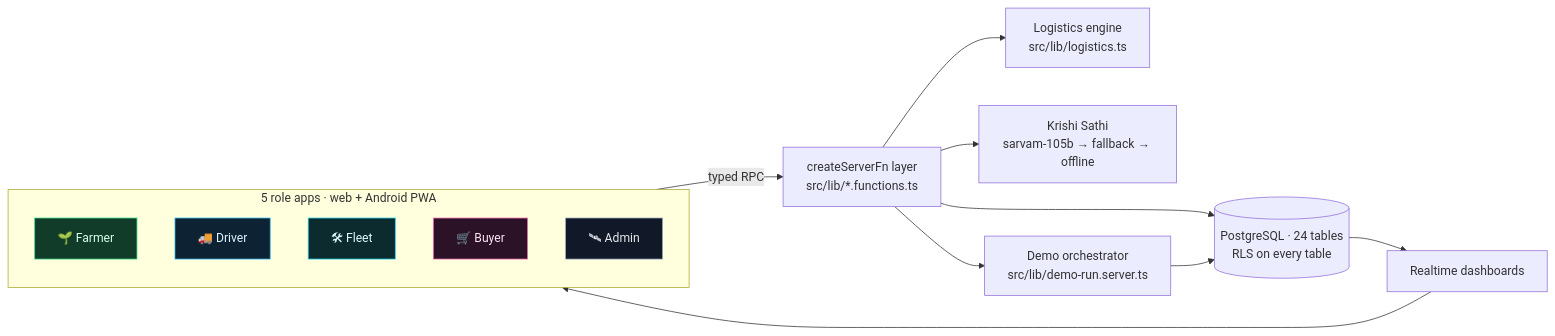
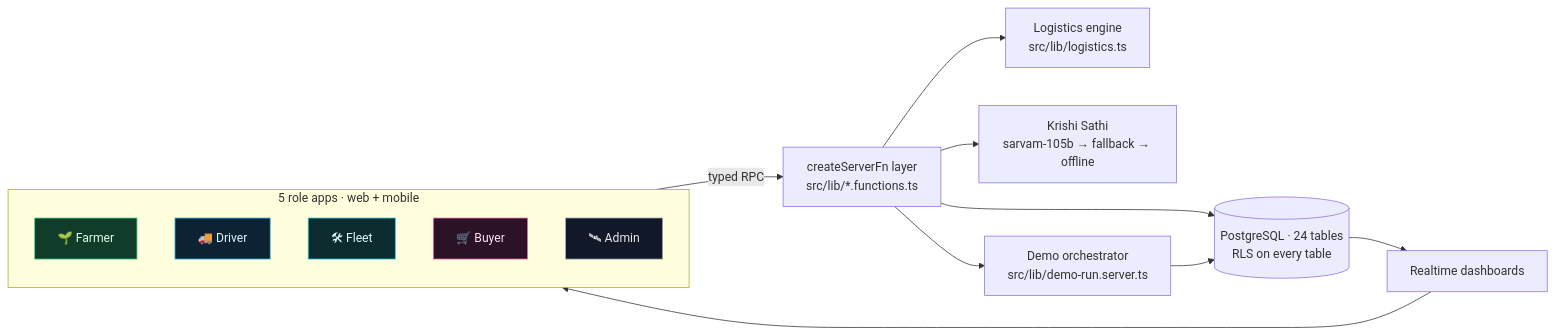
The first of 3 diagrams in README.md (takshalchaudhari/AgniVega), drawn with Mermaid before and after one commit. The commit also changed other lines of this file and 14 other files, not shown here.

Commit message:
fix: resolve readme diagram, add live demo button, clean branding to smartkrishiyatraa.noxverse.in

````diff
--- a/README.md
+++ b/README.md
@@ -73,24 +77,24 @@
 ```mermaid
 flowchart LR
-  subgraph Clients["5 role apps · web + Android PWA"]
+  subgraph Clients["5 role apps · web + mobile"]
     F["🌱 Farmer"]:::f
     D["🚚 Driver"]:::d
     L["🛠 Fleet"]:::l
     B["🛒 Buyer"]:::b
     A["🛰 Admin"]:::a
   end
 
   Clients -->|typed RPC| SF["createServerFn layer<br/>src/lib/*.functions.ts"]
   SF --> ENG["Logistics engine<br/>src/lib/logistics.ts"]
   SF --> AI["Krishi Sathi<br/>sarvam-105b → fallback → offline"]
   SF --> DB[("PostgreSQL · 24 tables<br/>RLS on every table")]
   SF --> DEMO["Demo orchestrator<br/>src/lib/demo-run.server.ts"]
   DEMO --> DB
   DB --> RT["Realtime dashboards"] --> Clients
 
   classDef f fill:#123c2a,stroke:#39d98a,color:#d7ffe9
   classDef d fill:#0d2233,stroke:#38bdf8,color:#dff2ff
   classDef l fill:#0b2b2f,stroke:#22d3ee,color:#dffaff
   classDef b fill:#2b1226,stroke:#f472b6,color:#ffe4f3
   classDef a fill:#111827,stroke:#94a3b8,color:#e5e7eb
 ```
````
